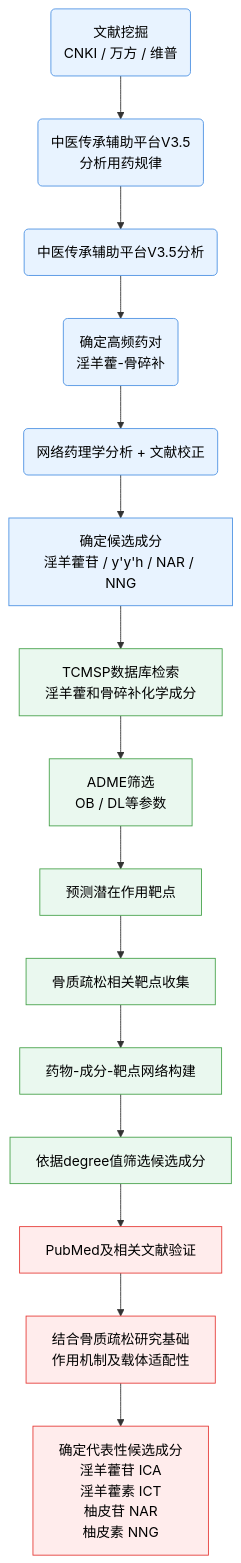
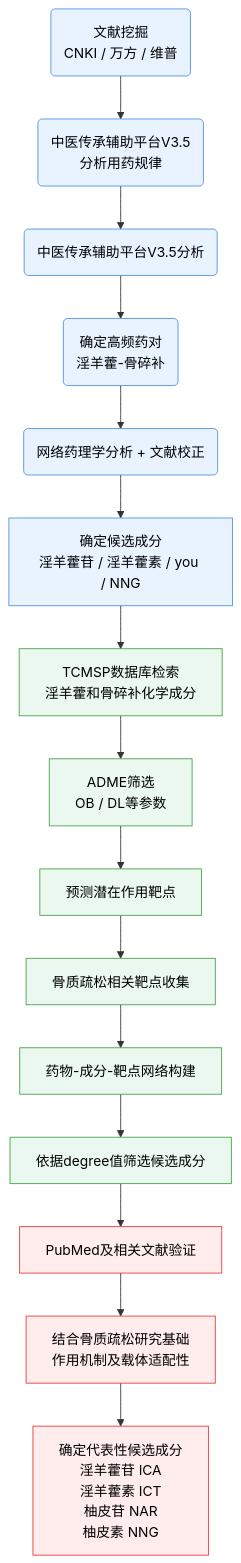
Before and after one commit to Yaotian99/iodraw-files: the diagram in all/未命名-1.md, drawn with Mermaid.

Commit message:
2026-06-24 08:59:31 update

````diff
--- a/all/未命名-1.md
+++ b/all/未命名-1.md
@@ -1,29 +1,29 @@
 ```mermaid
 graph TD
 
 A1(文献挖掘<br/>CNKI / 万方 / 维普) --> A2(中医传承辅助平台V3.5<br/>分析用药规律)
 A2 --> A3(中医传承辅助平台V3.5分析)
 A3 --> A4(确定高频药对<br/>淫羊藿-骨碎补)
 A4 --> A5(网络药理学分析 + 文献校正)
-A5 --> A6[确定候选成分<br/>淫羊藿苷 / y'y'h / NAR / NNG]
+A5 --> A6[确定候选成分<br/>淫羊藿苷 / 淫羊藿素 / you / NNG]
 
 A6 --> B1[TCMSP数据库检索<br/>淫羊藿和骨碎补化学成分]
 B1 --> B2[ADME筛选<br/>OB / DL等参数]
 B2 --> B3[预测潜在作用靶点]
 B3 --> B4[骨质疏松相关靶点收集]
 B4 --> B5[药物-成分-靶点网络构建]
 B5 --> B6[依据degree值筛选候选成分]
 
 B6 --> C1[PubMed及相关文献验证]
 C1 --> C2[结合骨质疏松研究基础<br/>作用机制及载体适配性]
 C2 --> C3[确定代表性候选成分<br/>淫羊藿苷 ICA<br/>淫羊藿素 ICT<br/>柚皮苷 NAR<br/>柚皮素 NNG]
 
 classDef basis fill:#E8F3FF,stroke:#4A90E2,stroke-width:1px,color:#000;
 classDef network fill:#EAF8EF,stroke:#43A047,stroke-width:1px,color:#000;
 classDef result fill:#FFECEC,stroke:#E53935,stroke-width:1px,color:#000;
 
 class A1,A2,A3,A4,A5,A6 basis;
 class B1,B2,B3,B4,B5,B6 network;
 class C1,C2,C3 result;
   
 ```
````
